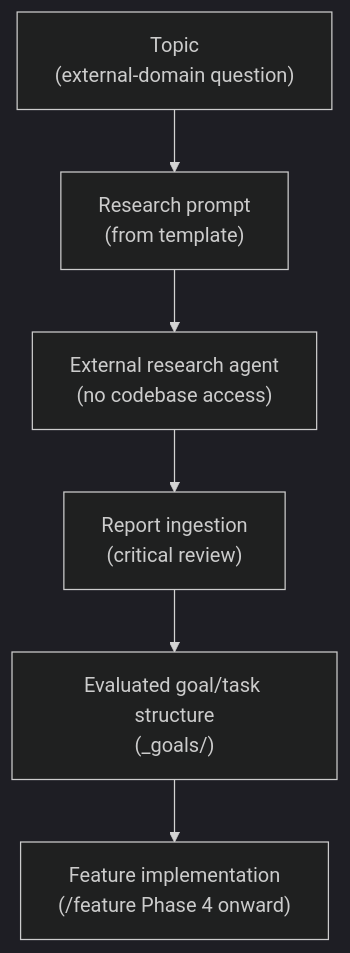
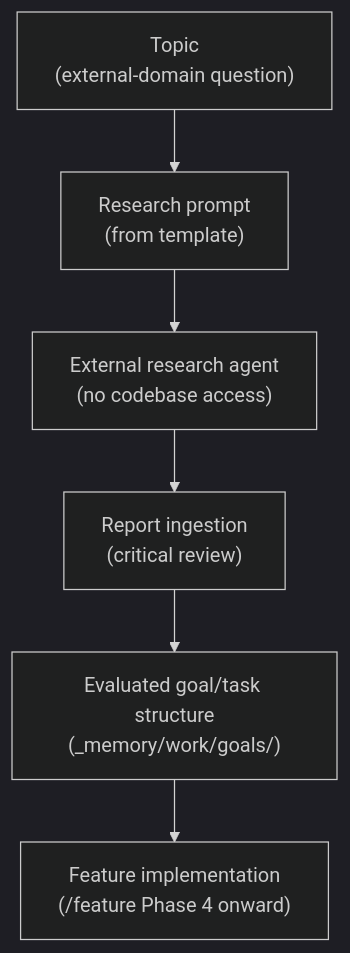
Before and after one commit to kdcllc/skills: the first of 3 diagrams in docs/agent-kit/guide/research-workflow.md, drawn with Mermaid (dark theme). The commit also changed other lines of this file and 273 other files, not shown here.

````diff
--- a/docs/agent-kit/guide/research-workflow.md
+++ b/docs/agent-kit/guide/research-workflow.md
@@ -11,15 +11,15 @@
 ```mermaid
 flowchart TD
     Topic["Topic\n(external-domain question)"]
     Prompt["Research prompt\n(from template)"]
     Agent["External research agent\n(no codebase access)"]
     Ingestion["Report ingestion\n(critical review)"]
-    Goal["Evaluated goal/task structure\n(_goals/)"]
+    Goal["Evaluated goal/task structure\n(_memory/work/goals/)"]
     Feature["Feature implementation\n(/feature Phase 4 onward)"]
 
     Topic --> Prompt
     Prompt --> Agent
     Agent --> Ingestion
     Ingestion --> Goal
     Goal --> Feature
 ```
````
